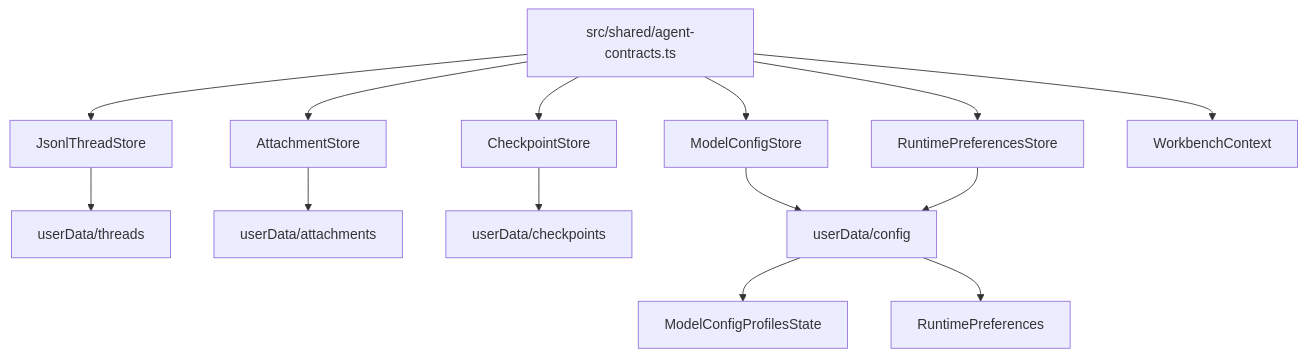
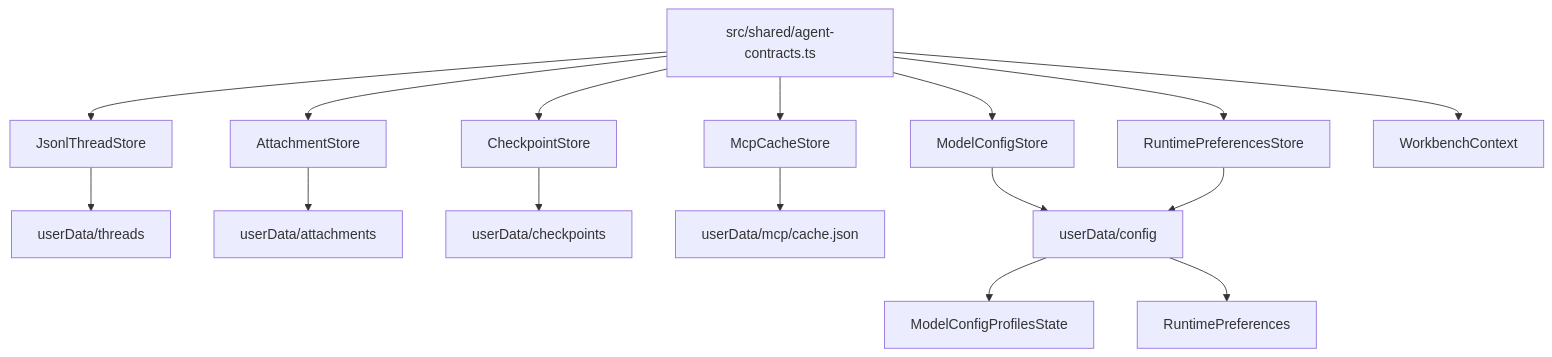
Before and after one commit to dp-sudo/agent-pyramid-desktop: the first of 2 diagrams in docs/data-model.md, drawn with Mermaid. The commit also changed other lines of this file and 17 other files, not shown here.

````diff
--- a/docs/data-model.md
+++ b/docs/data-model.md
@@ -47,25 +50,28 @@
 ```mermaid
 flowchart TB
   Contracts["src/shared/agent-contracts.ts"]
   ThreadStore["JsonlThreadStore"]
   AttachmentStore["AttachmentStore"]
   ConfigStore["ModelConfigStore"]
   RuntimePreferencesStore["RuntimePreferencesStore"]
   CheckpointStore["CheckpointStore"]
+  McpCacheStore["McpCacheStore"]
   Threads["userData/threads"]
   Attachments["userData/attachments"]
   Checkpoints["userData/checkpoints"]
+  McpCache["userData/mcp/cache.json"]
   Config["userData/config"]
   Profiles["ModelConfigProfilesState"]
   RuntimePreferences["RuntimePreferences"]
   Renderer["WorkbenchContext"]
 
   Contracts --> ThreadStore --> Threads
   Contracts --> AttachmentStore --> Attachments
   Contracts --> ConfigStore --> Config
   Contracts --> RuntimePreferencesStore --> Config
   Contracts --> CheckpointStore --> Checkpoints
+  Contracts --> McpCacheStore --> McpCache
   Config --> Profiles
   Config --> RuntimePreferences
   Contracts --> Renderer
 ```
````
